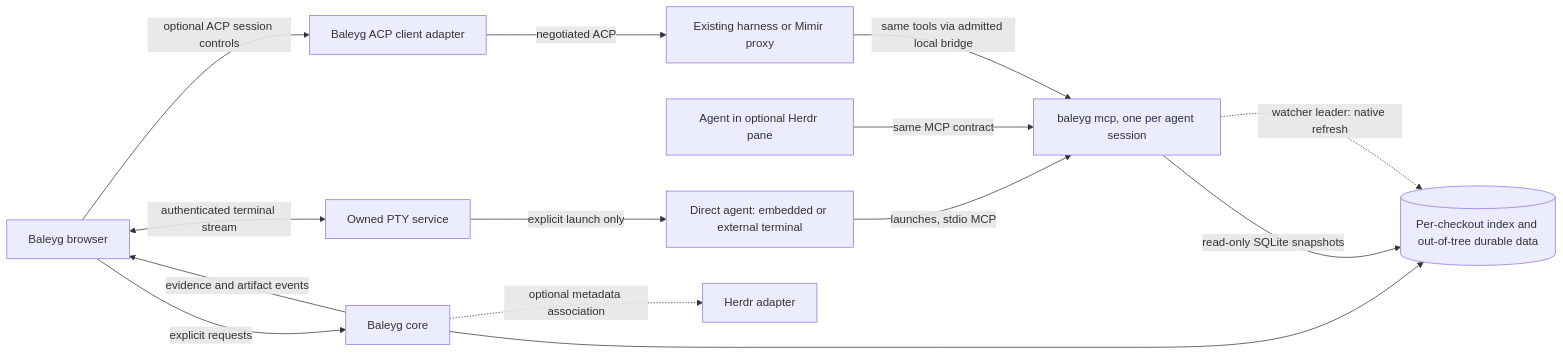
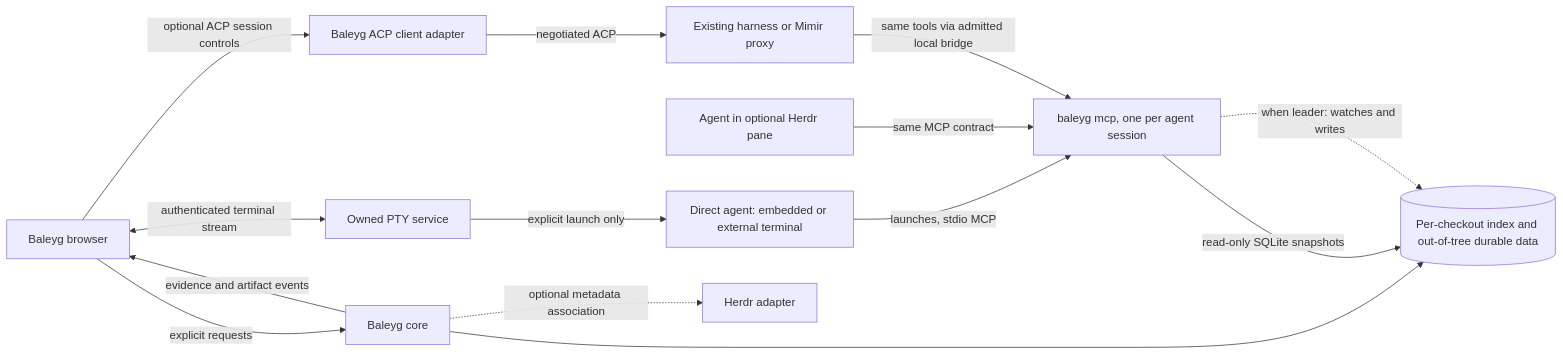
Before and after one commit to jasoncarreira/baleyg: the diagram in SPEC.md, drawn with Mermaid. The commit also changed other lines of this file and 7 other files, not shown here.

````diff
--- a/SPEC.md
+++ b/SPEC.md
@@ -236,16 +232,16 @@
 ```mermaid
 flowchart LR
   UI[Baleyg browser] -->|explicit requests| CORE[Baleyg core]
   CORE -->|evidence and artifact events| UI
   CORE --> M[(Per-checkout index and out-of-tree durable data)]
   DIRECT[Direct agent: embedded or external terminal] -->|launches, stdio MCP| MCP[baleyg mcp, one per agent session]
   UI <-->|authenticated terminal stream| PTY[Owned PTY service]
   PTY -->|explicit launch only| DIRECT
   HERDR[Agent in optional Herdr pane] -->|same MCP contract| MCP
   UI -->|optional ACP session controls| ACP[Baleyg ACP client adapter]
   ACP -->|negotiated ACP| HARNESS[Existing harness or Mimir proxy]
   HARNESS -->|same tools via admitted local bridge| MCP
   MCP -->|read-only SQLite snapshots| M
-  MCP -. watcher leader: native refresh .-> M
+  MCP -. when leader: watches and writes .-> M
   CORE -. optional metadata association .-> HM[Herdr adapter]
 ```
````
